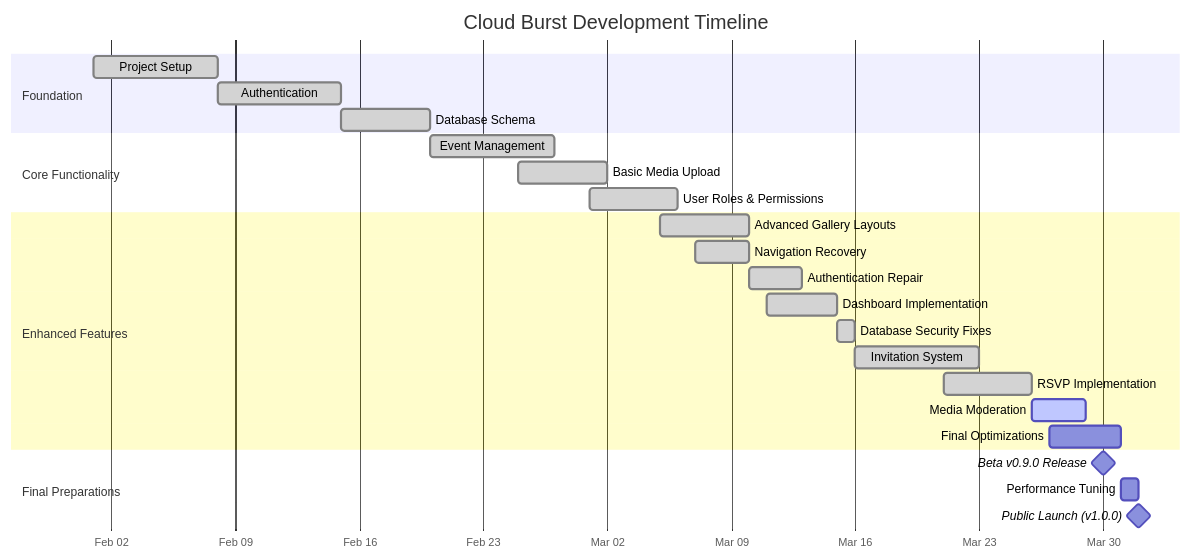
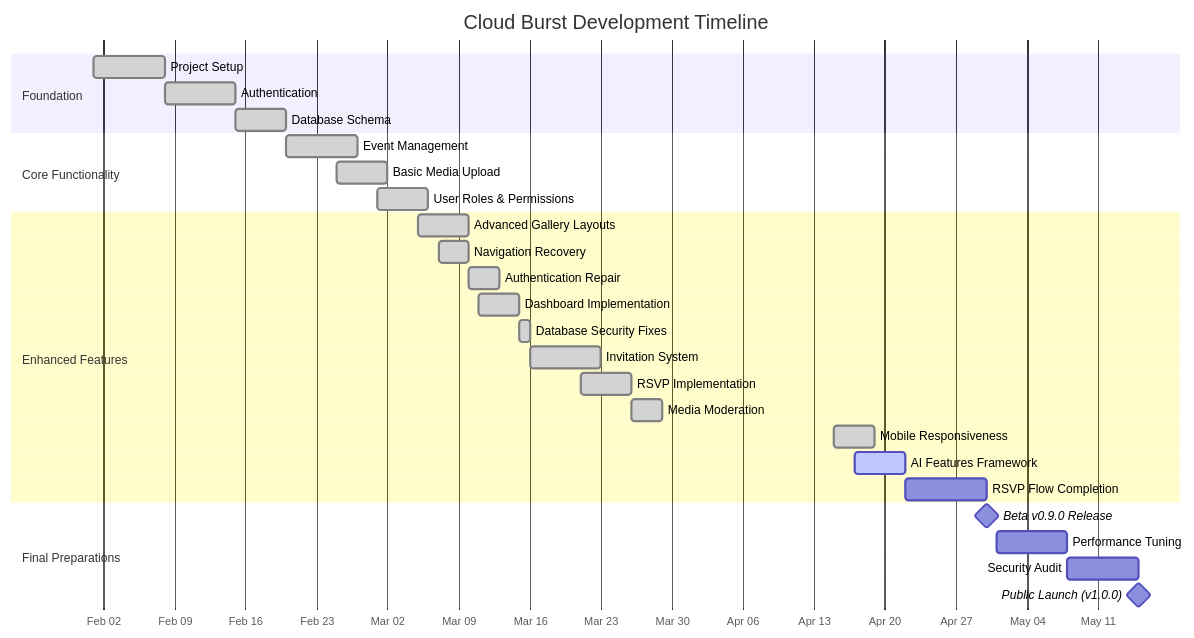
The third of 3 diagrams in README.md (mrj0nesmtl/cloud-burst), drawn with Mermaid before and after one commit. The commit also changed other lines of this file and 43 other files, not shown here.

Commit message:
Enhance UI and layout: Improve events list with divider lines, fix AI feature pages responsiveness, add client-side components for better mobile support, and create proper layout files for metadata

````diff
--- a/README.md
+++ b/README.md
@@ -239,32 +258,35 @@
 ```mermaid
 gantt
     title Cloud Burst Development Timeline
     dateFormat  YYYY-MM-DD
     axisFormat %b %d
     
     section Foundation
     Project Setup           :done, f1, 2025-02-01, 7d
     Authentication          :done, f2, 2025-02-08, 7d
     Database Schema         :done, f3, 2025-02-15, 5d
     
     section Core Functionality
     Event Management        :done, c1, 2025-02-20, 7d
     Basic Media Upload      :done, c2, 2025-02-25, 5d
     User Roles & Permissions:done, c3, 2025-03-01, 5d
     
     section Enhanced Features
     Advanced Gallery Layouts:done, e1, 2025-03-05, 5d
     Navigation Recovery     :done, e2, 2025-03-07, 3d
     Authentication Repair   :done, e3, 2025-03-10, 3d
     Dashboard Implementation:done, e4, 2025-03-11, 4d
     Database Security Fixes :done, e5, 2025-03-15, 1d
     Invitation System       :done, e6, 2025-03-16, 7d
     RSVP Implementation     :done, e7, 2025-03-21, 5d
-    Media Moderation        :active, e8, 2025-03-26, 3d
-    Final Optimizations     :e9, 2025-03-27, 4d
+    Media Moderation        :done, e8, 2025-03-26, 3d
+    Mobile Responsiveness   :done, e9, 2025-04-15, 4d
+    AI Features Framework   :active, e10, 2025-04-17, 5d
+    RSVP Flow Completion    :e11, 2025-04-22, 8d
     
     section Final Preparations
-    Beta v0.9.0 Release     :milestone, b1, 2025-03-30, 0d
-    Performance Tuning      :o1, 2025-03-31, 1d
-    Public Launch (v1.0.0)  :milestone, l3, 2025-04-01, 0d
+    Beta v0.9.0 Release     :milestone, b1, 2025-04-30, 0d
+    Performance Tuning      :o1, 2025-05-01, 7d
+    Security Audit          :o2, 2025-05-08, 7d
+    Public Launch (v1.0.0)  :milestone, l3, 2025-05-15, 0d
 ```
````
